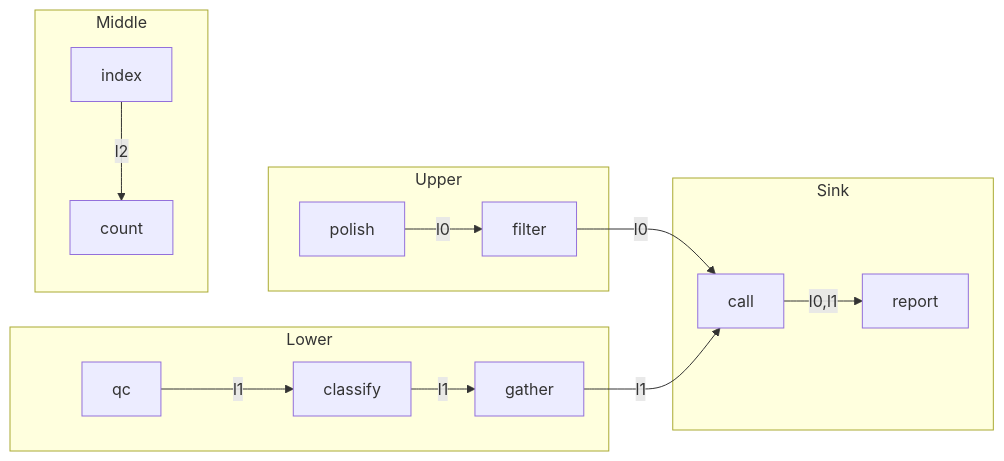
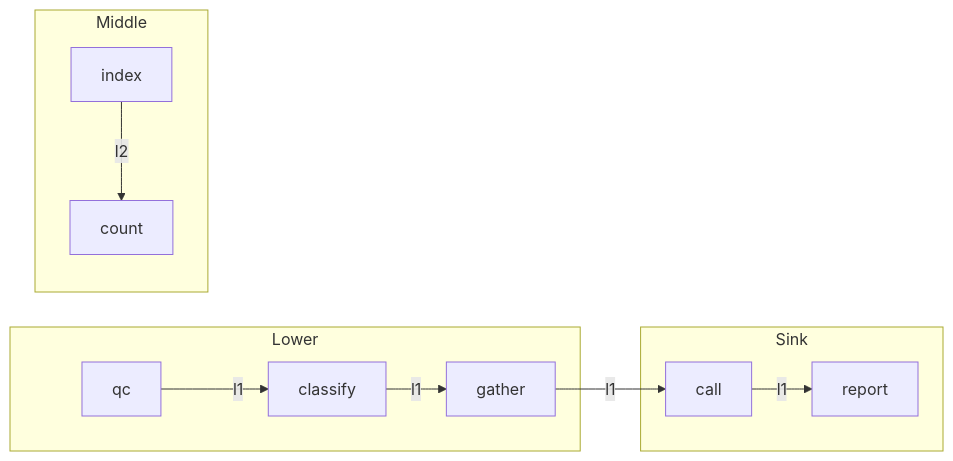
Before and after one commit to seqeralabs/nf-metro: the diagram in examples/topologies/left_exit_wrap_under_own_section.mmd, drawn with Mermaid. The commit also changed 9 other files, not shown here.

```diff
--- a/examples/topologies/left_exit_wrap_under_own_section.mmd
+++ b/examples/topologies/left_exit_wrap_under_own_section.mmd
@@ -1,37 +1,29 @@
 %%metro title: LEFT exit wrapping under its own section
-%%metro line: l0 | Upper feeder | #e6194b
 %%metro line: l1 | Left exit feeder | #3cb44b
 %%metro line: l2 | Middle | #4363d8
-%%metro grid: upper | 0,0
 %%metro grid: lower | 0,1
 %%metro grid: middle | 1,0
 %%metro grid: sink | 2,0
 
 graph LR
-    subgraph upper [Upper]
-        u0[polish]
-        u1[filter]
-        u0 -->|l0| u1
-    end
     subgraph lower [Lower]
         %%metro exit: left | l1
         w0[qc]
         w1[classify]
         w2[gather]
         w0 -->|l1| w1
         w1 -->|l1| w2
     end
     subgraph middle [Middle]
         m0[index]
         m1[count]
         m0 -->|l2| m1
     end
     subgraph sink [Sink]
         %%metro direction: RL
-        %%metro entry: right | l0, l1
+        %%metro entry: right | l1
         k0[call]
         k1[report]
-        k0 -->|l0,l1| k1
+        k0 -->|l1| k1
     end
-    u1 -->|l0| k0
     w2 -->|l1| k0
```
